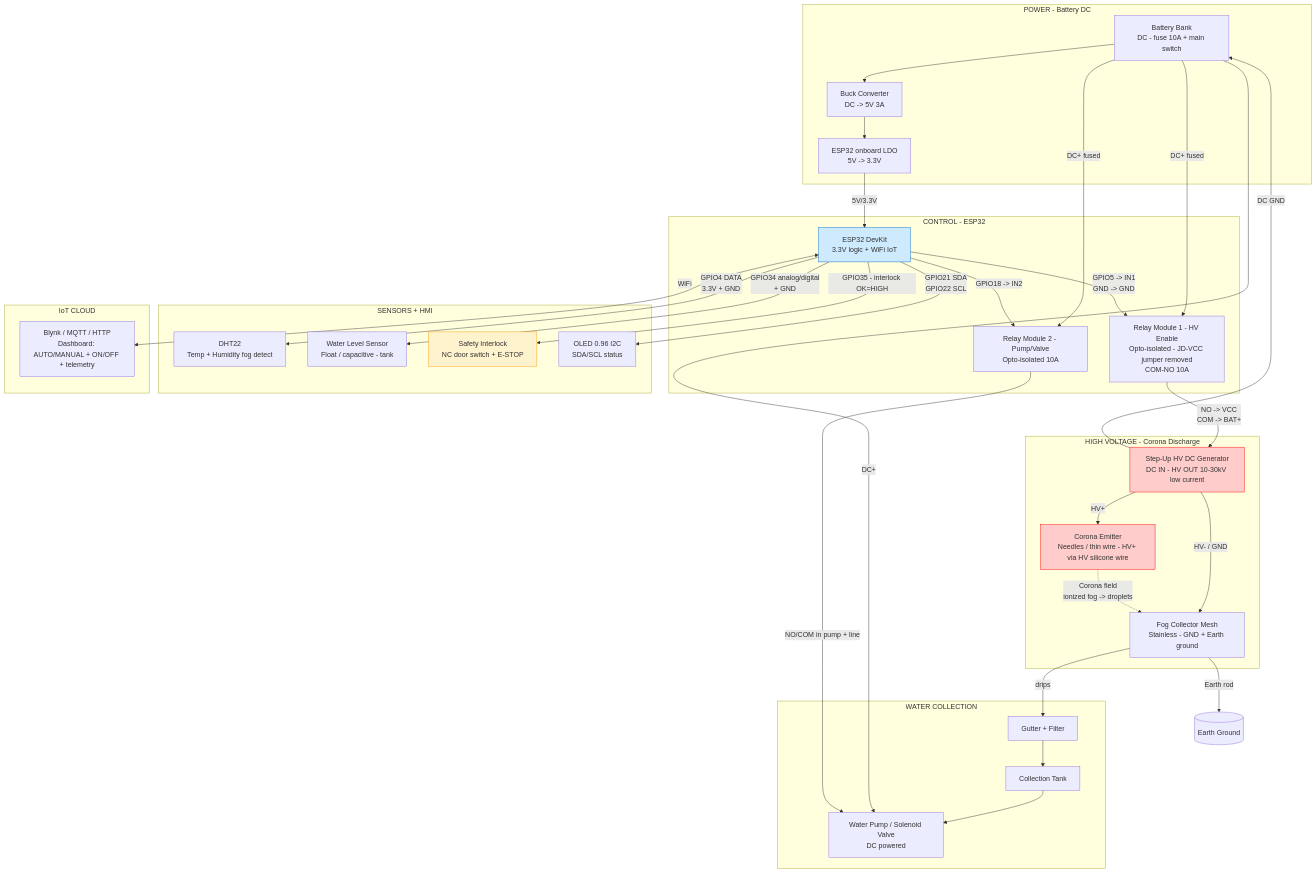
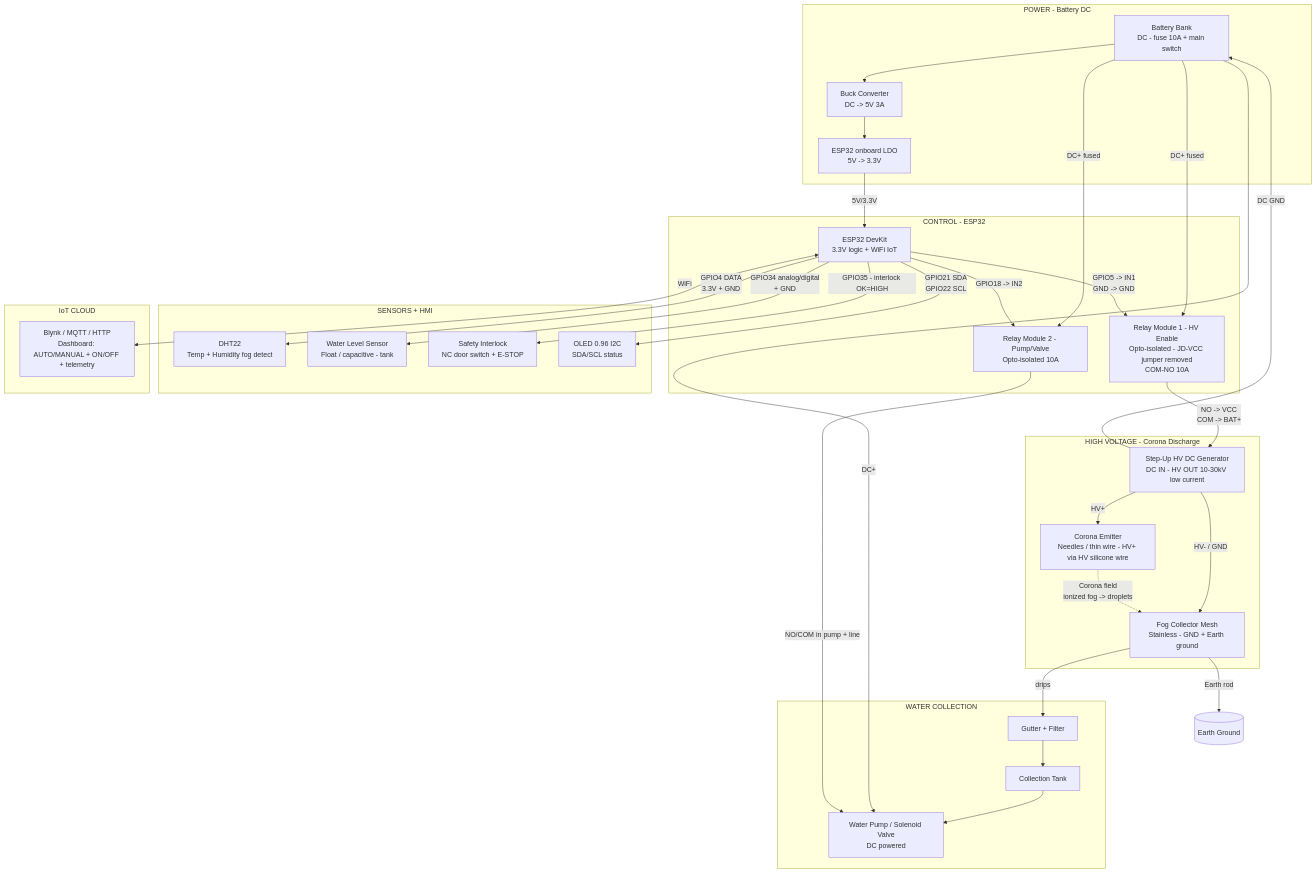
Before and after one commit to daniswastaken/corona: the diagram in README.md, drawn with Mermaid. The commit also changed 6 other files, not shown here.

First line of the commit message:
Add mermaid-to-PDF/SVG renderer and export diagram artifacts

````diff
--- a/README.md
+++ b/README.md
@@ -3,70 +3,65 @@
 ```mermaid
 flowchart TD
     subgraph PWR["POWER - Battery DC"]
         BAT["Battery Bank<br/>DC - fuse 10A + main switch"]
         BUCK["Buck Converter<br/>DC -> 5V 3A"]
         LDO["ESP32 onboard LDO<br/>5V -> 3.3V"]
         BAT --> BUCK --> LDO
     end
 
     subgraph CTRL["CONTROL - ESP32"]
         ESP32["ESP32 DevKit<br/>3.3V logic + WiFi IoT"]
         RELAY_HV["Relay Module 1 - HV Enable<br/>Opto-isolated - JD-VCC jumper removed<br/>COM-NO 10A"]
         RELAY_PUMP["Relay Module 2 - Pump/Valve<br/>Opto-isolated 10A"]
     end
 
     subgraph HV_SYS["HIGH VOLTAGE - Corona Discharge"]
         HVMOD["Step-Up HV DC Generator<br/>DC IN - HV OUT 10-30kV low current"]
         EMIT["Corona Emitter<br/>Needles / thin wire - HV+ via HV silicone wire"]
         MESH["Fog Collector Mesh<br/>Stainless - GND + Earth ground"]
         HVMOD -->|HV+| EMIT
         HVMOD -->|HV- / GND| MESH
         EMIT -.->|Corona field<br/>ionized fog -> droplets| MESH
     end
 
     subgraph SENSE["SENSORS + HMI"]
         DHT["DHT22<br/>Temp + Humidity fog detect"]
         LVL["Water Level Sensor<br/>Float / capacitive - tank"]
         INTERLOCK["Safety Interlock<br/>NC door switch + E-STOP"]
         OLED["OLED 0.96 I2C<br/>SDA/SCL status"]
     end
 
     subgraph WATER["WATER COLLECTION"]
         GUTTER["Gutter + Filter"]
         TANK["Collection Tank"]
         PUMP["Water Pump / Solenoid Valve<br/>DC powered"]
         MESH -->|drips| GUTTER --> TANK --> PUMP
     end
 
     subgraph IOT["IoT CLOUD"]
         CLOUD["Blynk / MQTT / HTTP<br/>Dashboard: AUTO/MANUAL + ON/OFF + telemetry"]
     end
 
     %% Power wiring
     BAT -->|DC+ fused| RELAY_HV
     BAT -->|DC+ fused| RELAY_PUMP
     BAT -->|DC+| PUMP
     LDO -->|5V/3.3V| ESP32
 
     %% Control wiring - GPIO
     ESP32 -->|GPIO5 -> IN1<br/>GND -> GND| RELAY_HV
     ESP32 -->|GPIO18 -> IN2| RELAY_PUMP
     RELAY_HV -->|NO -> VCC<br/>COM -> BAT+| HVMOD
     HVMOD -->|DC GND| BAT
     RELAY_PUMP -->|NO/COM in pump + line| PUMP
 
     ESP32 -->|GPIO4 DATA<br/>3.3V + GND| DHT
     ESP32 -->|GPIO34 analog/digital<br/>+ GND| LVL
     ESP32 -->|GPIO35 - interlock OK=HIGH| INTERLOCK
     ESP32 -->|GPIO21 SDA<br/>GPIO22 SCL| OLED
 
     ESP32 <-->|WiFi| CLOUD
 
     %% Safety
     MESH -->|Earth rod| EARTH[("Earth Ground")]
-
-    style HVMOD fill:#ffcccc,stroke:#ff0000
-    style EMIT fill:#ffcccc,stroke:#ff0000
-    style INTERLOCK fill:#fff3cd,stroke:#ff9800
-    style ESP32 fill:#cdeaff,stroke:#0066cc
 ```
````
